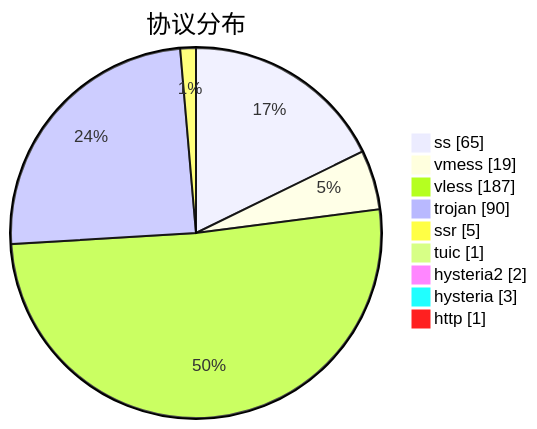
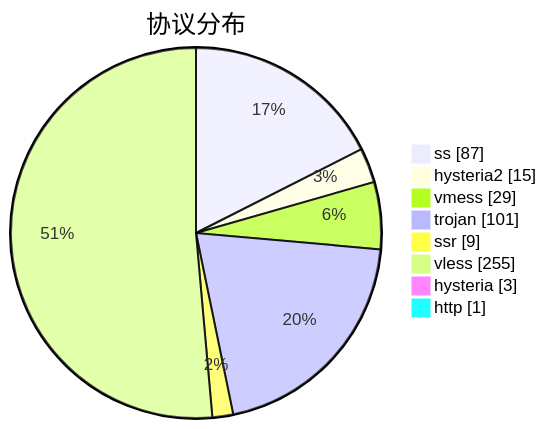
The third of 3 diagrams in subs/statistics/tested_within.md (sinspired/airport), drawn with Mermaid before and after one commit. The commit also changed other lines of this file and 2 other files, not shown here.

````diff
--- a/subs/statistics/tested_within.md
+++ b/subs/statistics/tested_within.md
@@ -55,13 +59,12 @@
 ```mermaid
 pie showData
 title 协议分布
-"ss" : 65
-"vmess" : 19
-"vless" : 187
-"trojan" : 90
-"ssr" : 5
-"tuic" : 1
-"hysteria2" : 2
+"ss" : 87
+"hysteria2" : 15
+"vmess" : 29
+"trojan" : 101
+"ssr" : 9
+"vless" : 255
 "hysteria" : 3
 "http" : 1
 ```
````
